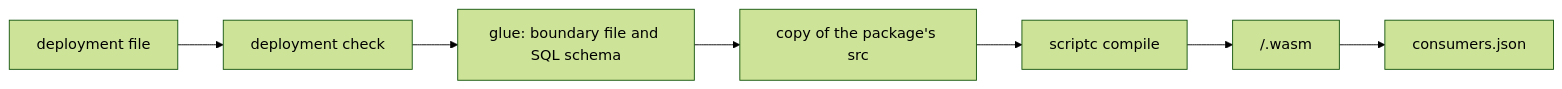
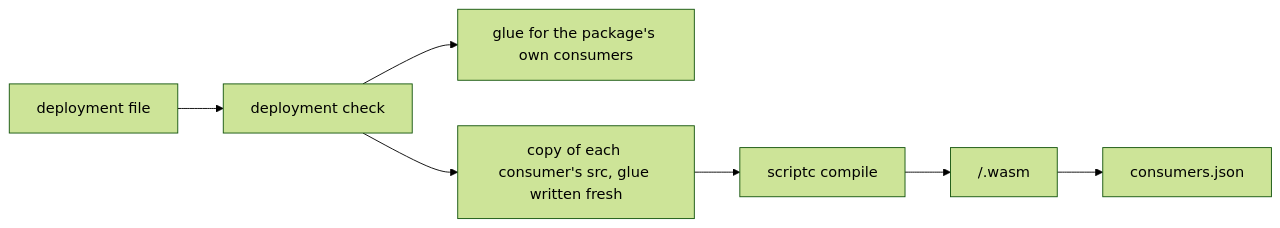
The diagram in docs/architecture/consumers/plug-ins-and-build.md (zgeoff/pepys), drawn with Mermaid (forest theme) before and after one commit. The commit also changed other lines of this file and 11 other files, not shown here.

Commit message:
docs: add flow diagrams and answer the cold read

````diff
--- a/docs/architecture/consumers/plug-ins-and-build.md
+++ b/docs/architecture/consumers/plug-ins-and-build.md
@@ -17,9 +10,9 @@
 ```mermaid
 flowchart LR
   deployment["deployment file"] --> check["deployment check"]
-  check --> glue["glue: boundary file and SQL schema"]
-  glue --> copy["copy of the package's src"]
+  check --> glue["glue for the package's own consumers"]
+  check --> copy["copy of each consumer's src, glue written fresh"]
   copy --> scriptc["scriptc compile"]
   scriptc --> modules["<consumer>/<hash>.wasm"]
   modules --> manifest["consumers.json"]
 ```
````
